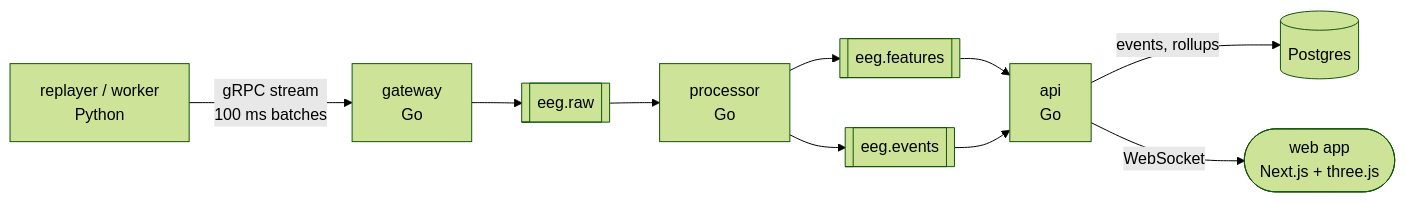
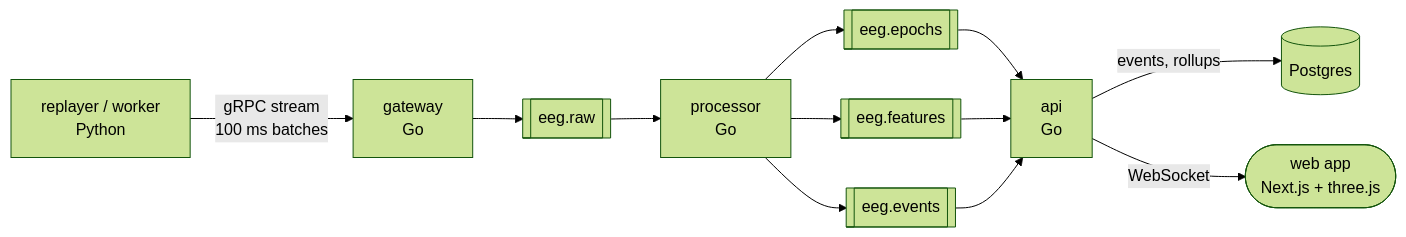
Before and after one commit to KhoaNguyen706/NeuroHalo: the diagram in README.md, drawn with Mermaid (forest theme). The commit also changed other lines of this file and 22 other files, not shown here.

````diff
--- a/README.md
+++ b/README.md
@@ -22,12 +23,14 @@
 ```mermaid
 flowchart LR
     R[replayer / worker<br/>Python] -- "gRPC stream<br/>100 ms batches" --> G[gateway<br/>Go]
     G --> RAW[[eeg.raw]]
     RAW --> P[processor<br/>Go]
     P --> FEAT[[eeg.features]]
     P --> EV[[eeg.events]]
+    P --> EP[[eeg.epochs]]
+    EP --> API
     FEAT --> API[api<br/>Go]
     EV --> API
     API -- "events, rollups" --> PG[(Postgres)]
     API -- "WebSocket" --> WEB([web app<br/>Next.js + three.js])
 ```
````
